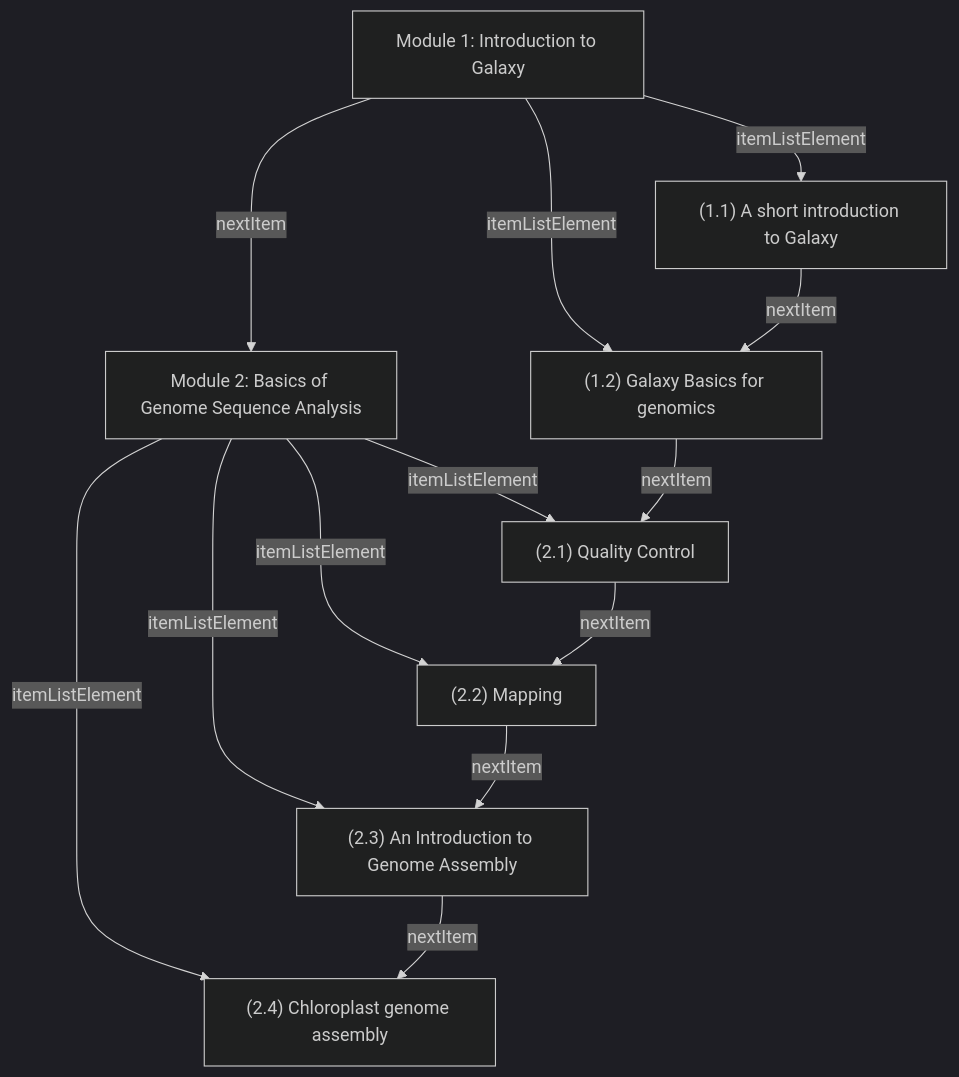
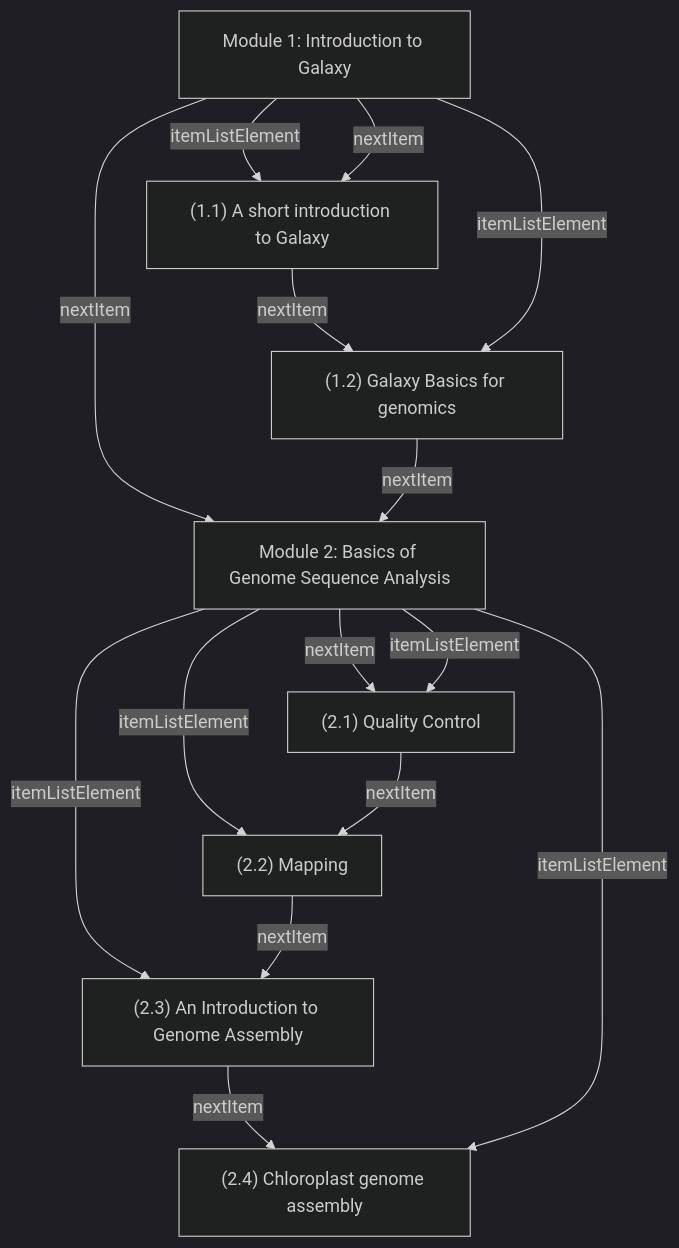
One commit to BioSchemas/LearningPath-sandbox changed the first of 4 diagrams in README.md. Above: the diagram before and after it, drawn with Mermaid (dark theme). The commit also changed other lines of this file, not shown here.

Commit message:
Update README with module and schema changes

````diff
--- a/README.md
+++ b/README.md
@@ -80,39 +77,45 @@
 ```mermaid
 graph TD
 N1["Module 1: Introduction to Galaxy"]
-N3["(1.2) Galaxy Basics for genomics"]
-N1 -- itemListElement --> N3
-N1["Module 1: Introduction to Galaxy"]
-N2["(1.1) A short introduction to Galaxy"]
-N1 -- itemListElement --> N2
 N4["Module 2: Basics of Genome Sequence Analysis"]
-N8["(2.4) Chloroplast genome assembly"]
-N4 -- itemListElement --> N8
+N1 -- nextItem --> N4
 N2["(1.1) A short introduction to Galaxy"]
 N3["(1.2) Galaxy Basics for genomics"]
 N2 -- nextItem --> N3
-N1["Module 1: Introduction to Galaxy"]
 N4["Module 2: Basics of Genome Sequence Analysis"]
-N1 -- nextItem --> N4
+N5["(2.1) Quality Control"]
+N4 -- nextItem --> N5
+N3["(1.2) Galaxy Basics for genomics"]
+N4["Module 2: Basics of Genome Sequence Analysis"]
+N3 -- nextItem --> N4
 N7["(2.3) An Introduction to Genome Assembly"]
 N8["(2.4) Chloroplast genome assembly"]
 N7 -- nextItem --> N8
 N4["Module 2: Basics of Genome Sequence Analysis"]
-N5["(2.1) Quality Control"]
-N4 -- itemListElement --> N5
-N4["Module 2: Basics of Genome Sequence Analysis"]
 N6["(2.2) Mapping"]
 N4 -- itemListElement --> N6
+N1["Module 1: Introduction to Galaxy"]
+N3["(1.2) Galaxy Basics for genomics"]
+N1 -- itemListElement --> N3
 N4["Module 2: Basics of Genome Sequence Analysis"]
 N7["(2.3) An Introduction to Genome Assembly"]
 N4 -- itemListElement --> N7
+N5["(2.1) Quality Control"]
+N6["(2.2) Mapping"]
+N5 -- nextItem --> N6
+N4["Module 2: Basics of Genome Sequence Analysis"]
+N8["(2.4) Chloroplast genome assembly"]
+N4 -- itemListElement --> N8
+N4["Module 2: Basics of Genome Sequence Analysis"]
+N5["(2.1) Quality Control"]
+N4 -- itemListElement --> N5
 N6["(2.2) Mapping"]
 N7["(2.3) An Introduction to Genome Assembly"]
 N6 -- nextItem --> N7
-N3["(1.2) Galaxy Basics for genomics"]
-N5["(2.1) Quality Control"]
-N3 -- nextItem --> N5
-N5["(2.1) Quality Control"]
-N6["(2.2) Mapping"]
-N5 -- nextItem --> N6
+N1["Module 1: Introduction to Galaxy"]
+N2["(1.1) A short introduction to Galaxy"]
+N1 -- itemListElement --> N2
+N1["Module 1: Introduction to Galaxy"]
+N2["(1.1) A short introduction to Galaxy"]
+N1 -- nextItem --> N2
 ```
````
